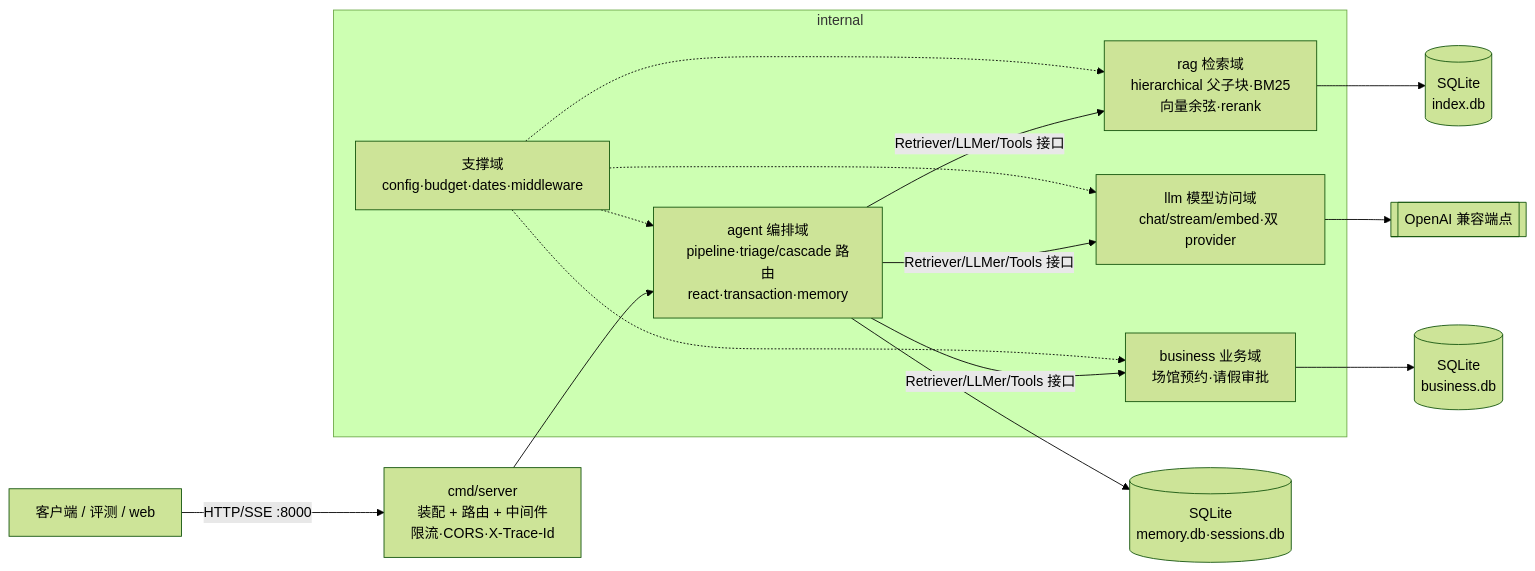
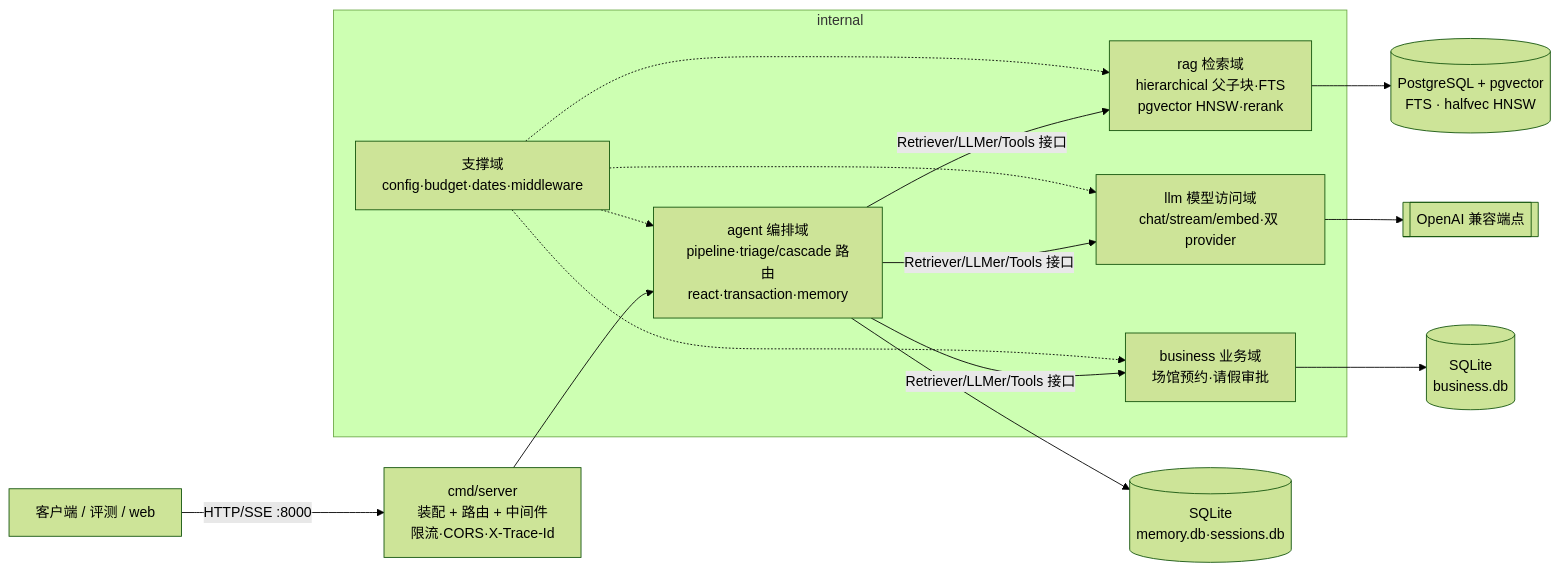
Before and after one commit to Thekshy/gewu: the diagram in README.md, drawn with Mermaid (forest theme). The commit also changed other lines of this file, not shown here.

Commit message:
docs(readme): 定位重写为「agent 方案对比学习项目」叙事——对比维度表/冻结规格方法论/文档地图/P12 共享 PG 建库模板

````diff
--- a/README.md
+++ b/README.md
@@ -19,20 +56,20 @@
 ```mermaid
 flowchart LR
     C[客户端 / 评测 / web] -->|HTTP/SSE :8000| API[cmd/server<br/>装配 + 路由 + 中间件<br/>限流·CORS·X-Trace-Id]
 
     subgraph internal
         AGENT[agent 编排域<br/>pipeline·triage/cascade 路由<br/>react·transaction·memory]
-        RAG[rag 检索域<br/>hierarchical 父子块·BM25<br/>向量余弦·rerank]
+        RAG[rag 检索域<br/>hierarchical 父子块·FTS<br/>pgvector HNSW·rerank]
         LLM[llm 模型访问域<br/>chat/stream/embed·双 provider]
         BIZ[business 业务域<br/>场馆预约·请假审批]
         SUP[支撑域<br/>config·budget·dates·middleware]
     end
 
     API --> AGENT
     AGENT -->|Retriever/LLMer/Tools 接口| RAG & LLM & BIZ
-    RAG --> DB[(SQLite<br/>index.db)]
+    RAG --> DB[(PostgreSQL + pgvector<br/>FTS · halfvec HNSW)]
     AGENT --> DB2[(SQLite<br/>memory.db·sessions.db)]
     BIZ --> DB3[(SQLite<br/>business.db)]
     LLM --> EXT[[OpenAI 兼容端点]]
     SUP -.-> AGENT & RAG & LLM & BIZ
 ```
````
